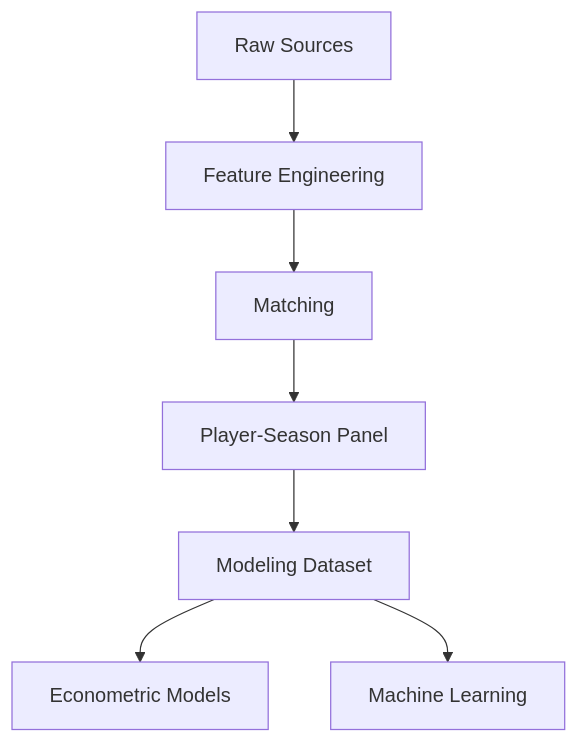
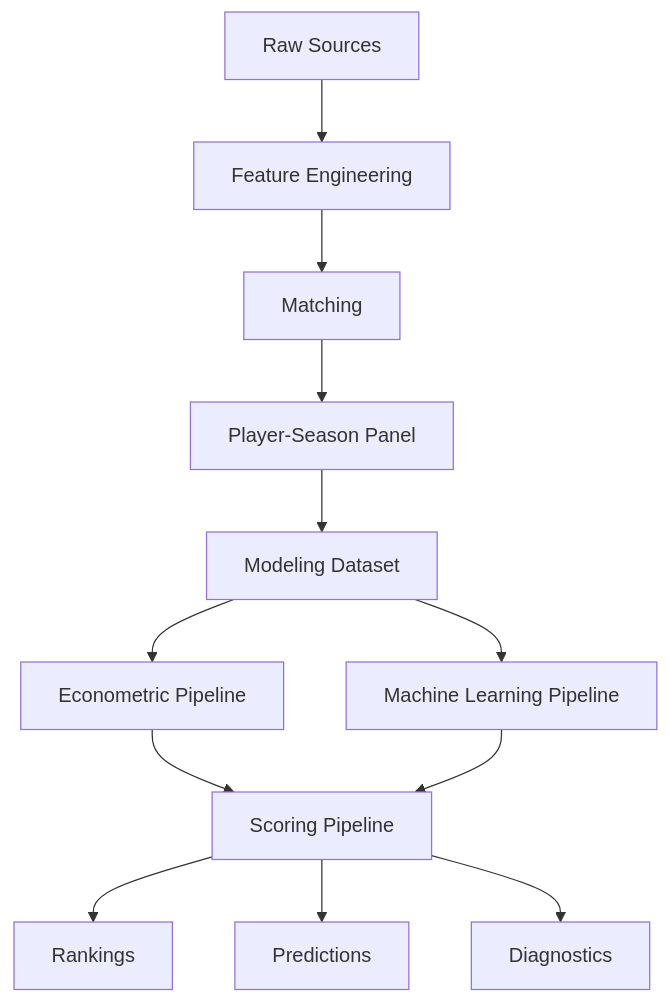
The diagram in docs/data_quality.md (manuelpeba/market-value-football-tfm), drawn with Mermaid before and after one commit. The commit also changed other lines of this file and 10 other files, not shown here.

Commit message:
docs: redesign technical documentation for modular analytics architecture

````diff
--- a/docs/data_quality.md
+++ b/docs/data_quality.md
@@ -103,14 +130,21 @@
 ```mermaid
 flowchart TD
 
 A[Raw Sources] --> B[Feature Engineering]
 
 B --> C[Matching]
 
 C --> D[Player-Season Panel]
 
 D --> E[Modeling Dataset]
 
-E --> F[Econometric Models]
-E --> G[Machine Learning]
+E --> F[Econometric Pipeline]
+E --> G[Machine Learning Pipeline]
+
+F --> H[Scoring Pipeline]
+G --> H
+
+H --> I[Rankings]
+H --> J[Predictions]
+H --> K[Diagnostics]
 ```
````
